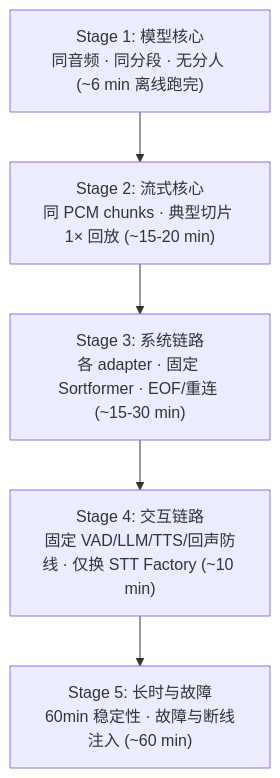
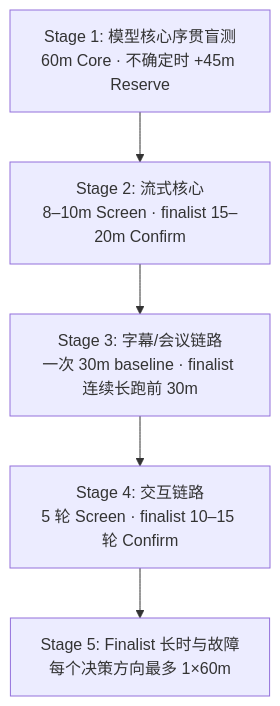
Before and after one commit to hrygo/voice-realtime: the second of 3 diagrams in docs/Fun-ASR与现有ASR后端科学对比测试方案.md, drawn with Mermaid. The commit also changed other lines of this file and 2 other files, not shown here.

````diff
--- a/docs/Fun-ASR与现有ASR后端科学对比测试方案.md
+++ b/docs/Fun-ASR与现有ASR后端科学对比测试方案.md
@@ -368,10 +399,10 @@
 ```mermaid
 flowchart TD
-    S1["Stage 1: 模型核心<br/>同音频 · 同分段 · 无分人 (~6 min 离线跑完)"]
-    S2["Stage 2: 流式核心<br/>同 PCM chunks · 典型切片 1× 回放 (~15-20 min)"]
-    S3["Stage 3: 系统链路<br/>各 adapter · 固定 Sortformer · EOF/重连 (~15-30 min)"]
-    S4["Stage 4: 交互链路<br/>固定 VAD/LLM/TTS/回声防线 · 仅换 STT Factory (~10 min)"]
-    S5["Stage 5: 长时与故障<br/>60min 稳定性 · 故障与断线注入 (~60 min)"]
+    S1["Stage 1: 模型核心序贯盲测<br/>60m Core · 不确定时 +45m Reserve"]
+    S2["Stage 2: 流式核心<br/>8–10m Screen · finalist 15–20m Confirm"]
+    S3["Stage 3: 字幕/会议链路<br/>一次 30m baseline · finalist 连续长跑前 30m"]
+    S4["Stage 4: 交互链路<br/>5 轮 Screen · finalist 10–15 轮 Confirm"]
+    S5["Stage 5: Finalist 长时与故障<br/>每个决策方向最多 1×60m"]
 
     S1 --> S2 --> S3 --> S4 --> S5
 ```
````
